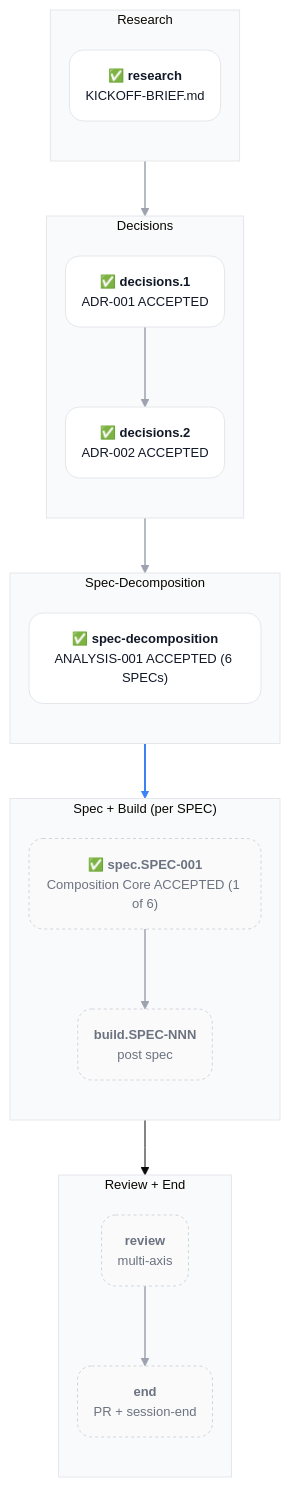
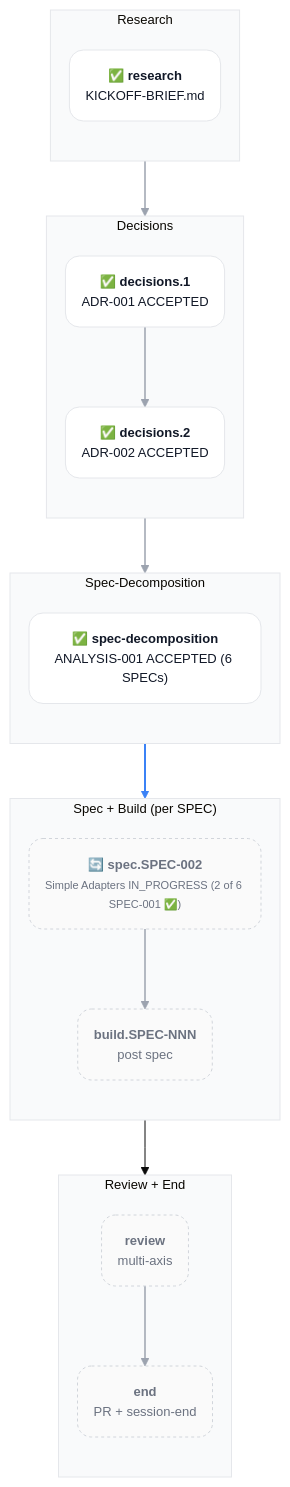
One commit to acmelabs-15/skills changed the first of 3 diagrams in docs/planning/PLAN-001-skills-ecosystem.md. Above: the diagram before and after it, drawn with Mermaid. The commit also changed other lines of this file and 1 other file, not shown here.

First line of the commit message:
plan: spec.SPEC-002 READY → IN_PROGRESS; auto-routing to /spec Stage 2 (Simple Adapters)

````diff
--- a/docs/planning/PLAN-001-skills-ecosystem.md
+++ b/docs/planning/PLAN-001-skills-ecosystem.md
@@ -77,49 +77,49 @@
 ```mermaid
 %%{init: {'theme':'base','flowchart':{'curve':'stepAfter','nodeSpacing':18,'rankSpacing':55,'padding':16,'diagramPadding':20,'htmlLabels':true},'themeVariables':{'fontFamily':'-apple-system, BlinkMacSystemFont, system-ui, sans-serif','fontSize':'13px','clusterBkg':'#f9fafb','clusterBorder':'#e5e7eb'},'themeCSS':'.edgePath path, .flowchart-link { stroke-linejoin: round !important; stroke-linecap: round !important; } .cluster-label .nodeLabel { font-family: ui-monospace, SFMono-Regular, Menlo, monospace !important; font-size: 11px !important; font-weight: 600 !important; letter-spacing: 0.1em !important; text-transform: uppercase !important; color: #6b7280 !important; }'}}%%
 graph TD
 
   classDef done fill:#ffffff,stroke:#e5e7eb,stroke-width:1px,color:#111827,rx:14,ry:14
   classDef pending fill:#fafafa,stroke:#d1d5db,stroke-width:1px,color:#6b7280,stroke-dasharray:3 3,rx:14,ry:14
 
   subgraph R ["Research"]
     direction TB
     research("✅ <b>research</b><br/><span style='color:#6b7280;font-size:11px'>KICKOFF-BRIEF.md</span>")
   end
 
   subgraph D ["Decisions"]
     direction TB
     d1("✅ <b>decisions.1</b><br/><span style='color:#6b7280;font-size:11px'>ADR-001 ACCEPTED</span>")
     d2("✅ <b>decisions.2</b><br/><span style='color:#6b7280;font-size:11px'>ADR-002 ACCEPTED</span>")
   end
 
   subgraph S ["Spec-Decomposition"]
     direction TB
     sd("✅ <b>spec-decomposition</b><br/><span style='color:#6b7280;font-size:11px'>ANALYSIS-001 ACCEPTED (6 SPECs)</span>")
   end
 
   subgraph SB ["Spec + Build (per SPEC)"]
     direction TB
-    spec_n("✅ <b>spec.SPEC-001</b><br/><span style='color:#6b7280;font-size:11px'>Composition Core ACCEPTED (1 of 6)</span>")
+    spec_n("🔄 <b>spec.SPEC-002</b><br/><span style='color:#6b7280;font-size:11px'>Simple Adapters IN_PROGRESS (2 of 6; SPEC-001 ✅)</span>")
     build_n("<b>build.SPEC-NNN</b><br/><span style='color:#6b7280;font-size:11px'>post spec</span>")
     spec_n --> build_n
   end
 
   subgraph RE ["Review + End"]
     direction TB
     review("<b>review</b><br/><span style='color:#6b7280;font-size:11px'>multi-axis</span>")
     fin("<b>end</b><br/><span style='color:#6b7280;font-size:11px'>PR + session-end</span>")
     review --> fin
   end
 
   research --> d1
   d1 --> d2
   d2 --> sd
   sd --> spec_n
   build_n --> review
 
   class research,d1,d2,sd done
   class spec_n,build_n,review,fin pending
 
   linkStyle 0,1,2,3,4 stroke:#9ca3af,stroke-width:1.5px
   linkStyle 5 stroke:#3b82f6,stroke-width:2px
 ```
````
